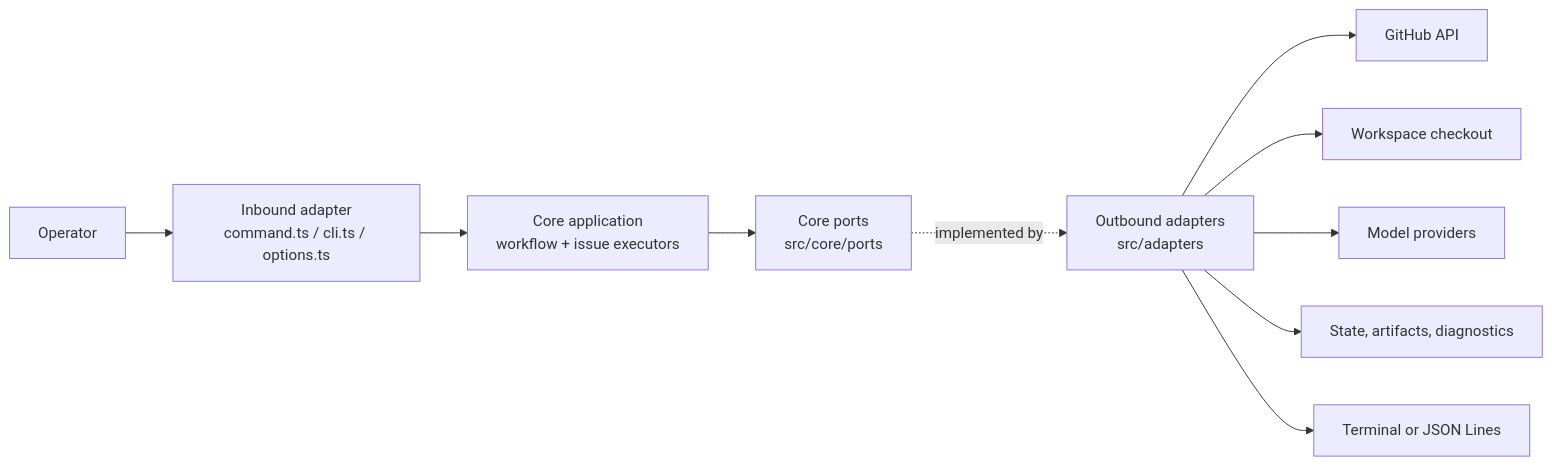
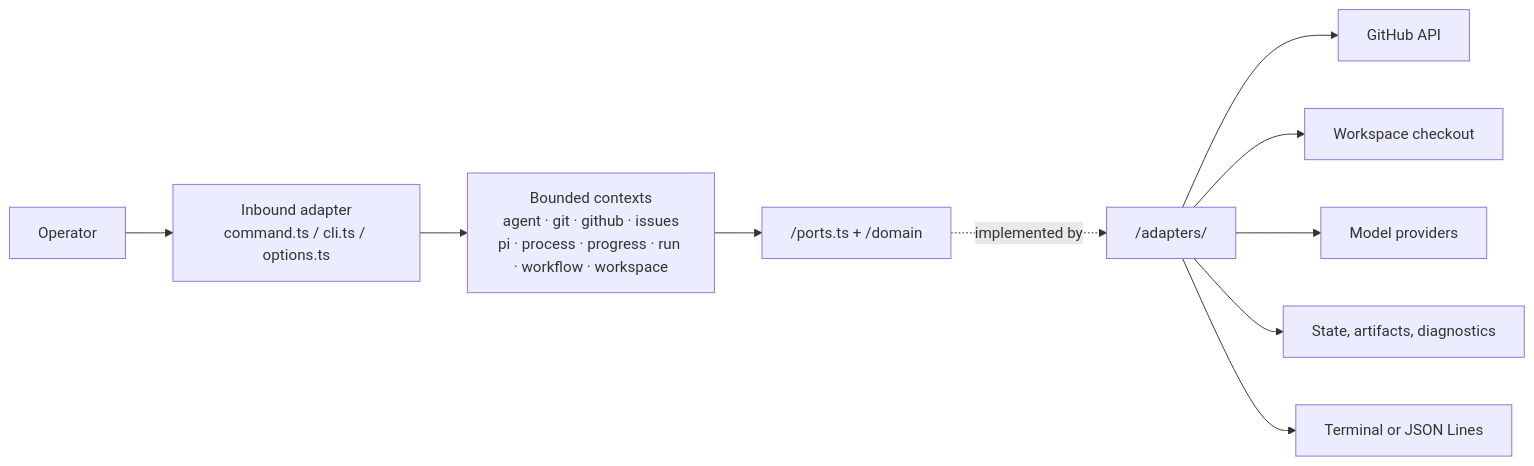
One commit to beremaran/ralphie changed the diagram in docs/architecture.md. Above: the diagram before and after it, drawn with Mermaid. The commit also changed other lines of this file and 183 other files, not shown here.

First line of the commit message:
Package ports and adapters by bounded context

````diff
--- a/docs/architecture.md
+++ b/docs/architecture.md
@@ -13,12 +13,12 @@
 ```mermaid
 flowchart LR
     U[Operator] --> CLI["Inbound adapter<br/>command.ts / cli.ts / options.ts"]
-    CLI --> APP["Core application<br/>workflow + issue executors"]
-    APP --> PORTS["Core ports<br/>src/core/ports"]
-    PORTS -. implemented by .-> AD["Outbound adapters<br/>src/adapters"]
+    CLI --> CTX["Bounded contexts<br/>agent · git · github · issues<br/>pi · process · progress · run · workflow · workspace"]
+    CTX --> PORTS["<context>/ports.ts + /domain"]
+    PORTS -. implemented by .-> AD["<context>/adapters/"]
     AD --> GH[GitHub API]
     AD --> REPO[Workspace checkout]
     AD --> LLM[Model providers]
     AD --> DISK[State, artifacts, diagnostics]
     AD --> TERM[Terminal or JSON Lines]
 ```
````
